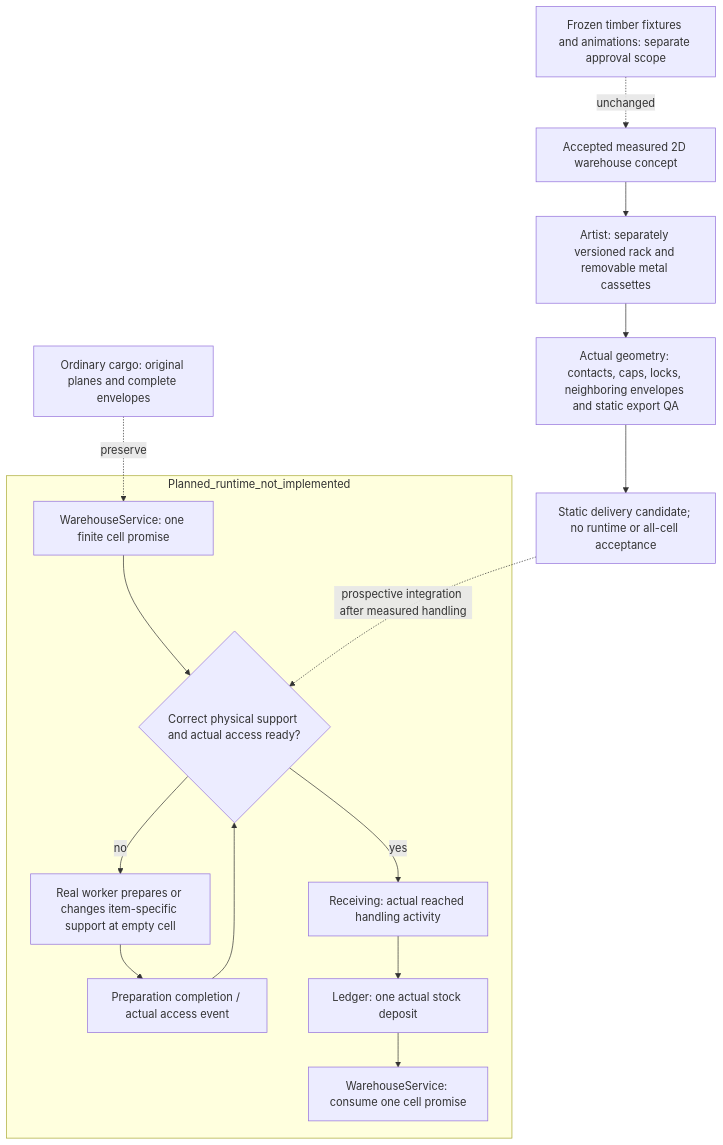
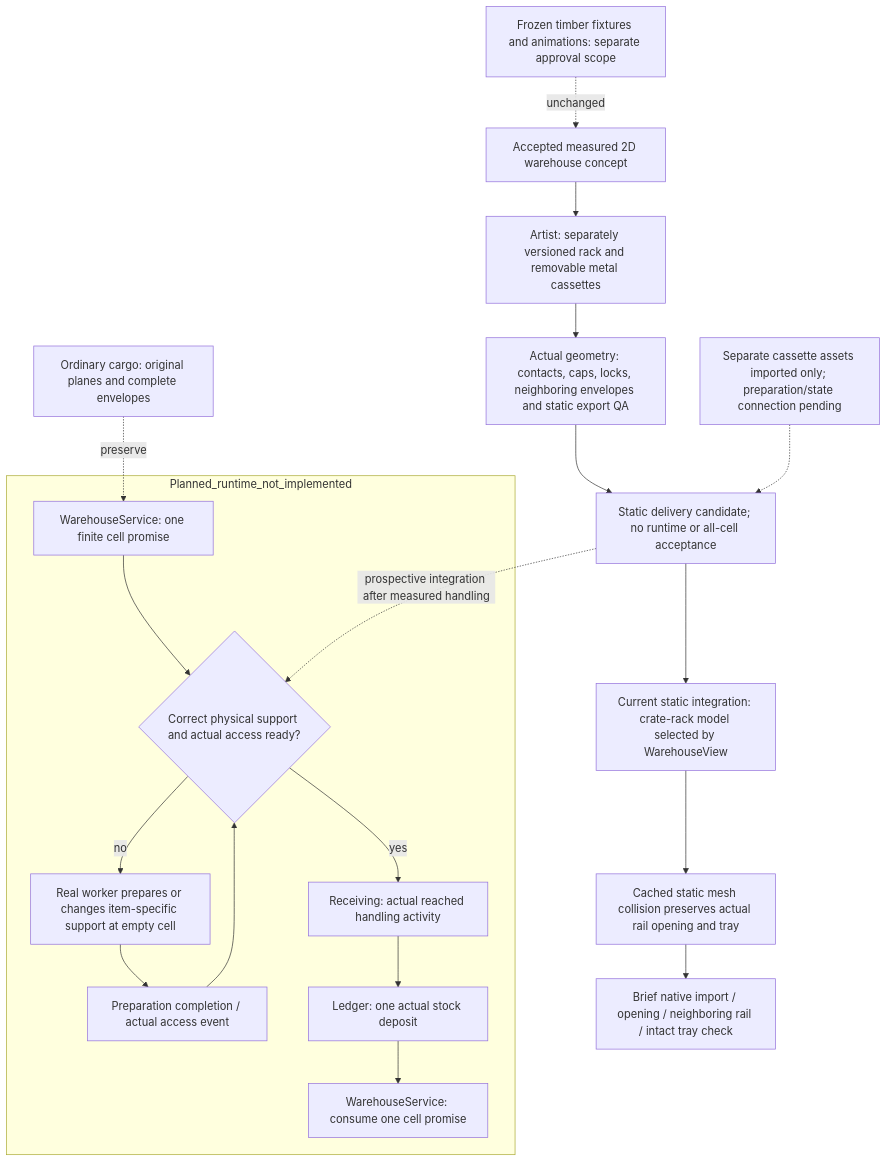
Before and after one commit to TheInfinityIQ/Trencho_V4: the diagram in docs/diagrams/warehouse_metal_supports.mmd, drawn with Mermaid. The commit also changed 11 other files, not shown here.

Commit message:
Integrate versioned warehouse rack with opening-preserving static collision

```diff
--- a/docs/diagrams/warehouse_metal_supports.mmd
+++ b/docs/diagrams/warehouse_metal_supports.mmd
@@ -1,16 +1,20 @@
 flowchart TD
   Concept[Accepted measured 2D warehouse concept] --> Model[Artist: separately versioned rack and removable metal cassettes]
   Model --> QA[Actual geometry: contacts, caps, locks, neighboring envelopes and static export QA]
   QA --> Candidate[Static delivery candidate; no runtime or all-cell acceptance]
+  Candidate --> RackView[Current static integration: crate-rack model selected by WarehouseView]
+  RackView --> Collision[Cached static mesh collision preserves actual rail opening and tray]
+  Collision --> Direct[Brief native import / opening / neighboring rail / intact tray check]
+  CassetteAssets[Separate cassette assets imported only; preparation/state connection pending] -.-> Candidate
   subgraph Planned_runtime_not_implemented
     Promise[WarehouseService: one finite cell promise] --> Compatible{Correct physical support and actual access ready?}
     Compatible -->|no| Prepare[Real worker prepares or changes item-specific support at empty cell]
     Prepare --> Event[Preparation completion / actual access event]
     Event --> Compatible
     Compatible -->|yes| Handoff[Receiving: actual reached handling activity]
     Handoff --> Stock[Ledger: one actual stock deposit]
     Stock --> Commit[WarehouseService: consume one cell promise]
   end
   Candidate -. prospective integration after measured handling .-> Compatible
   Ordinary[Ordinary cargo: original planes and complete envelopes] -. preserve .-> Promise
   Timber[Frozen timber fixtures and animations: separate approval scope] -. unchanged .-> Concept
```
